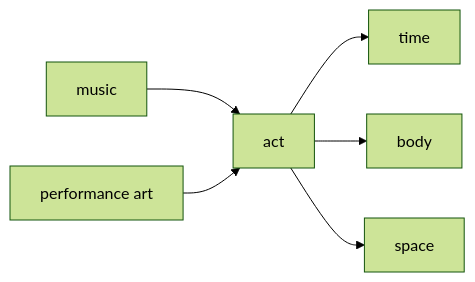
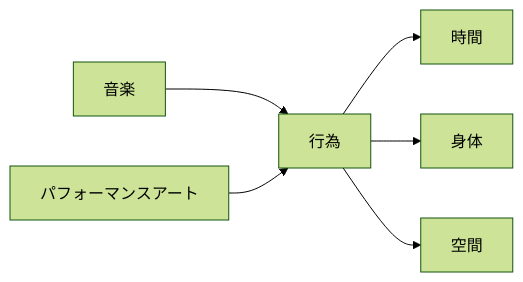
The third of 3 diagrams in en/_posts/2026-02-06-column-performance-art-music.md (monumental-movement/monumental-movement.github.io), drawn with Mermaid (forest theme) before and after one commit. The commit also changed other lines of this file and 775 other files, not shown here.

```diff
--- a/en/_posts/2026-02-06-column-performance-art-music.md
+++ b/en/_posts/2026-02-06-column-performance-art-music.md
@@ -178,8 +177,8 @@
 <div class="mermaid">
 flowchart LR
-    A[music] --> C[act]
-    B[performance art] --> C
-    C --> D[time]
-    C --> E[body]
-    C --> F[space]
+    A[音楽] --> C[行為]
+    B[パフォーマンスアート] --> C
+    C --> D[時間]
+    C --> E[身体]
+    C --> F[空間]
 </div>
```
